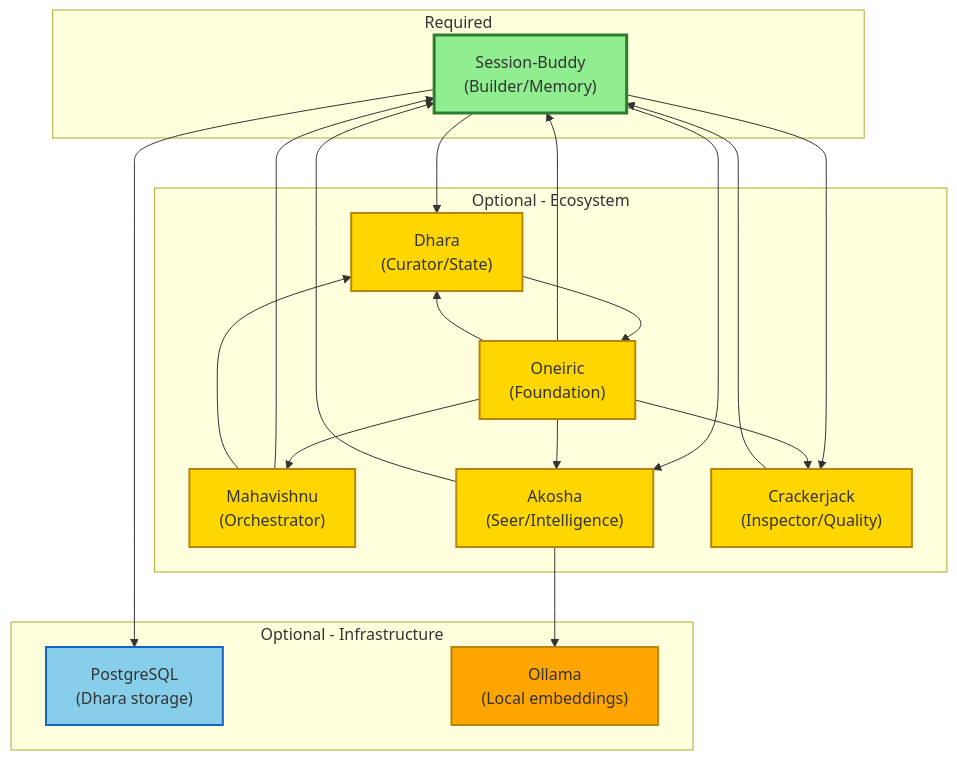
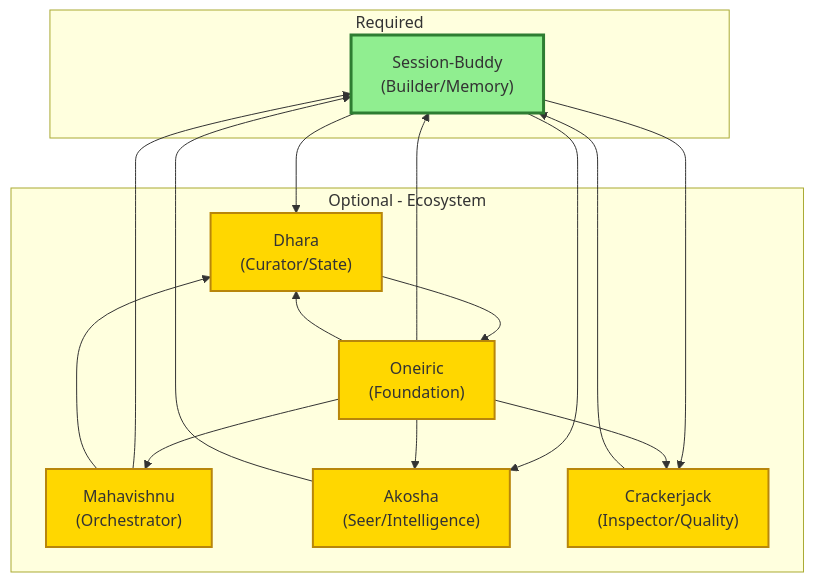
Before and after one commit to lesleslie/session-buddy: the diagram in docs/reference/service-dependencies.md, drawn with Mermaid. The commit also changed other lines of this file, not shown here.

Commit message:
chore(session-buddy): strip PostgreSQL + Ollama from canonical diagram
The canonical Bodai ecosystem view should show only ecosystem
topology (the 6 Bodai components and their inter-component edges),
not implementation-level dependencies like PostgreSQL (Dhara's
storage backend) or Ollama (a now-deprecated local embedding option —
llama.cpp is preferred).

External deps belong in per-component docs, not the cross-component
map. Diagram still parses cleanly via the wave-11 CI guard.

````diff
--- a/docs/reference/service-dependencies.md
+++ b/docs/reference/service-dependencies.md
@@ -568,45 +568,35 @@
 ```mermaid
 graph TB
     subgraph "Required"
         SB["Session-Buddy<br/>(Builder/Memory)"]
     end
 
     subgraph "Optional - Ecosystem"
         MV["Mahavishnu<br/>(Orchestrator)"]
         AK["Akosha<br/>(Seer/Intelligence)"]
         CJ["Crackerjack<br/>(Inspector/Quality)"]
         DH["Dhara<br/>(Curator/State)"]
         ON["Oneiric<br/>(Foundation)"]
-    end
-
-    subgraph "Optional - Infrastructure"
-        PG["PostgreSQL<br/>(Dhara storage)"]
-        OL["Ollama<br/>(Local embeddings)"]
     end
 
     MV --> SB
     SB --> AK
     SB --> CJ
     SB --> DH
     DH --> ON
     MV --> DH
     CJ --> SB
     AK --> SB
     ON --> MV
     ON --> SB
     ON --> AK
     ON --> CJ
     ON --> DH
 
-    SB --> PG
-    AK --> OL
-
     style SB fill:#90EE90,stroke:#2E7D32,stroke-width:3px
     style MV fill:#FFD700,stroke:#B8860B,stroke-width:2px
     style AK fill:#FFD700,stroke:#B8860B,stroke-width:2px
     style CJ fill:#FFD700,stroke:#B8860B,stroke-width:2px
     style DH fill:#FFD700,stroke:#B8860B,stroke-width:2px
     style ON fill:#FFD700,stroke:#B8860B,stroke-width:2px
-    style PG fill:#87CEEB,stroke:#1565C0,stroke-width:2px
-    style OL fill:#FFA500,stroke:#B8860B,stroke-width:2px
 ```
````
